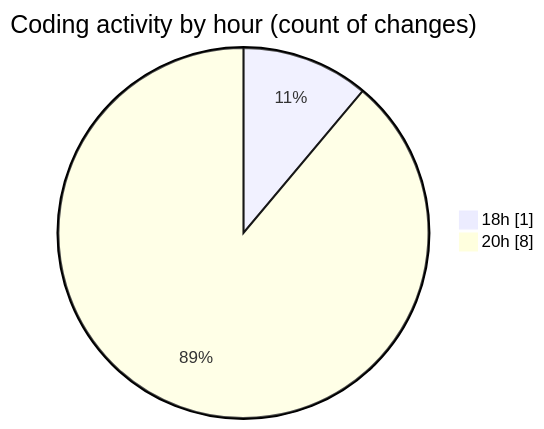
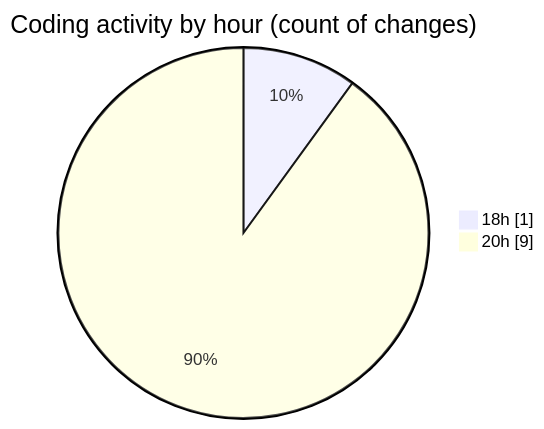
The second of 2 diagrams in 2025-10-08/untitled__workspace_/README.md (MatusMokan/code-tracking), drawn with Mermaid before and after one commit. The commit also changed other lines of this file and 1 other file, not shown here.

````diff
--- a/2025-10-08/untitled__workspace_/README.md
+++ b/2025-10-08/untitled__workspace_/README.md
@@ -30,6 +30,6 @@
 ```mermaid
 pie showData
 title Coding activity by hour (count of changes)
 "18h" : 1
-"20h" : 8
+"20h" : 9
 ```
````
